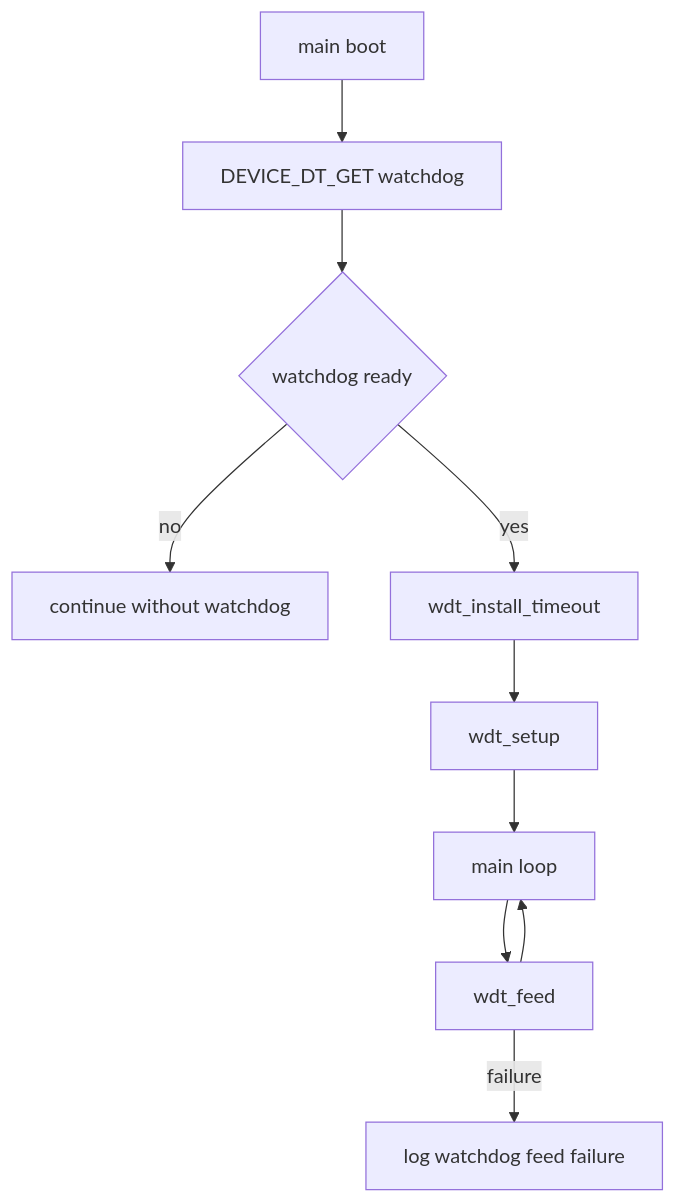
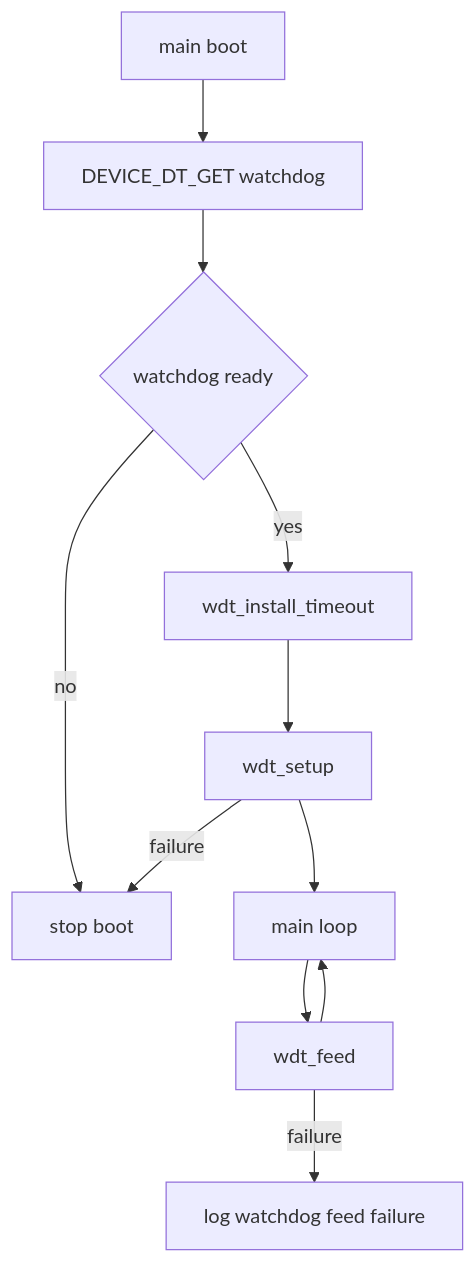
Before and after one commit to COO-Utilities/hispec-tib: diagram 17 of 17 in doc/diagrams.md, drawn with Mermaid. The commit also changed other lines of this file and 21 other files, not shown here.

````diff
--- a/doc/diagrams.md
+++ b/doc/diagrams.md
@@ -297,12 +303,13 @@
 ```mermaid
 flowchart TD
   Boot[main boot] --> Lookup[DEVICE_DT_GET watchdog]
   Lookup --> Ready{watchdog ready}
-  Ready -- no --> Disabled[continue without watchdog]
+  Ready -- no --> Stop[stop boot]
   Ready -- yes --> Install[wdt_install_timeout]
   Install --> Setup[wdt_setup]
+  Setup -- failure --> Stop
   Setup --> Loop[main loop]
   Loop --> Feed[wdt_feed]
   Feed --> Loop
   Feed -- failure --> Log[log watchdog feed failure]
 ```
````
